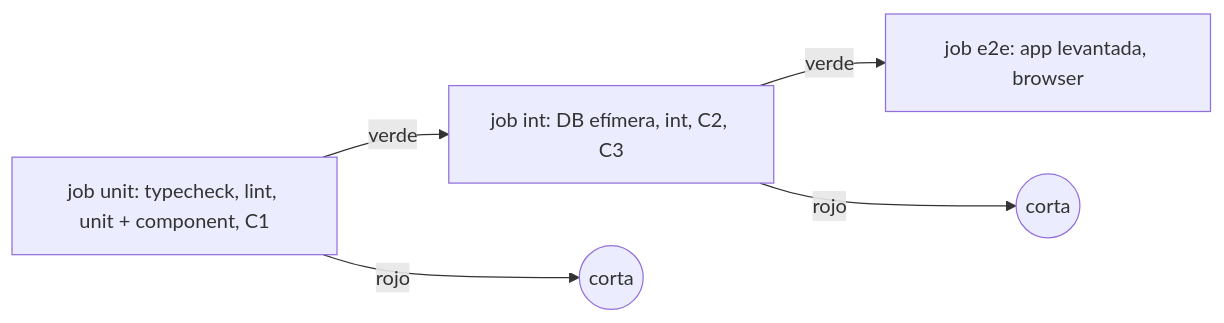
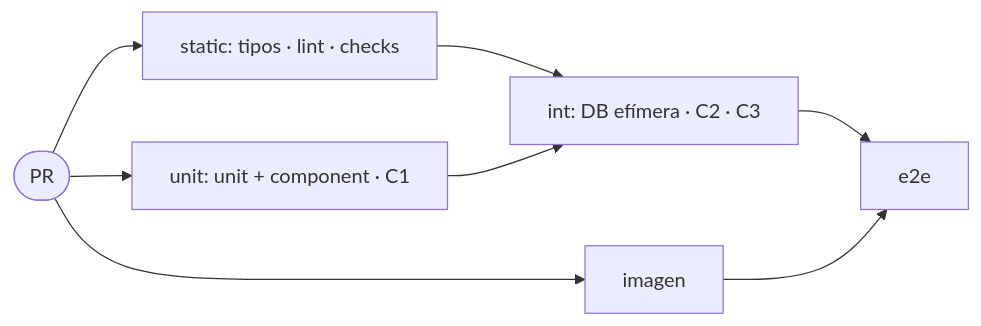
Before and after one commit to octavio-parozlabs/mindstack: the seventh of 7 diagrams in skills/qa/SKILL.md, drawn with Mermaid. The commit also changed other lines of this file and 3 other files, not shown here.

````diff
--- a/skills/qa/SKILL.md
+++ b/skills/qa/SKILL.md
@@ -214,6 +227,8 @@
 ```mermaid
 flowchart LR
-    U[job unit: typecheck, lint, unit + component, C1] -->|verde| I[job int: DB efímera, int, C2, C3] -->|verde| E[job e2e: app levantada, browser]
-    U -->|rojo| X1((corta))
-    I -->|rojo| X2((corta))
+    PR([PR]) --> ST[static: tipos · lint · checks]
+    PR --> UN[unit: unit + component · C1]
+    PR --> IM[imagen]
+    ST & UN --> IN[int: DB efímera · C2 · C3]
+    IN & IM --> E2[e2e]
 ```
````
